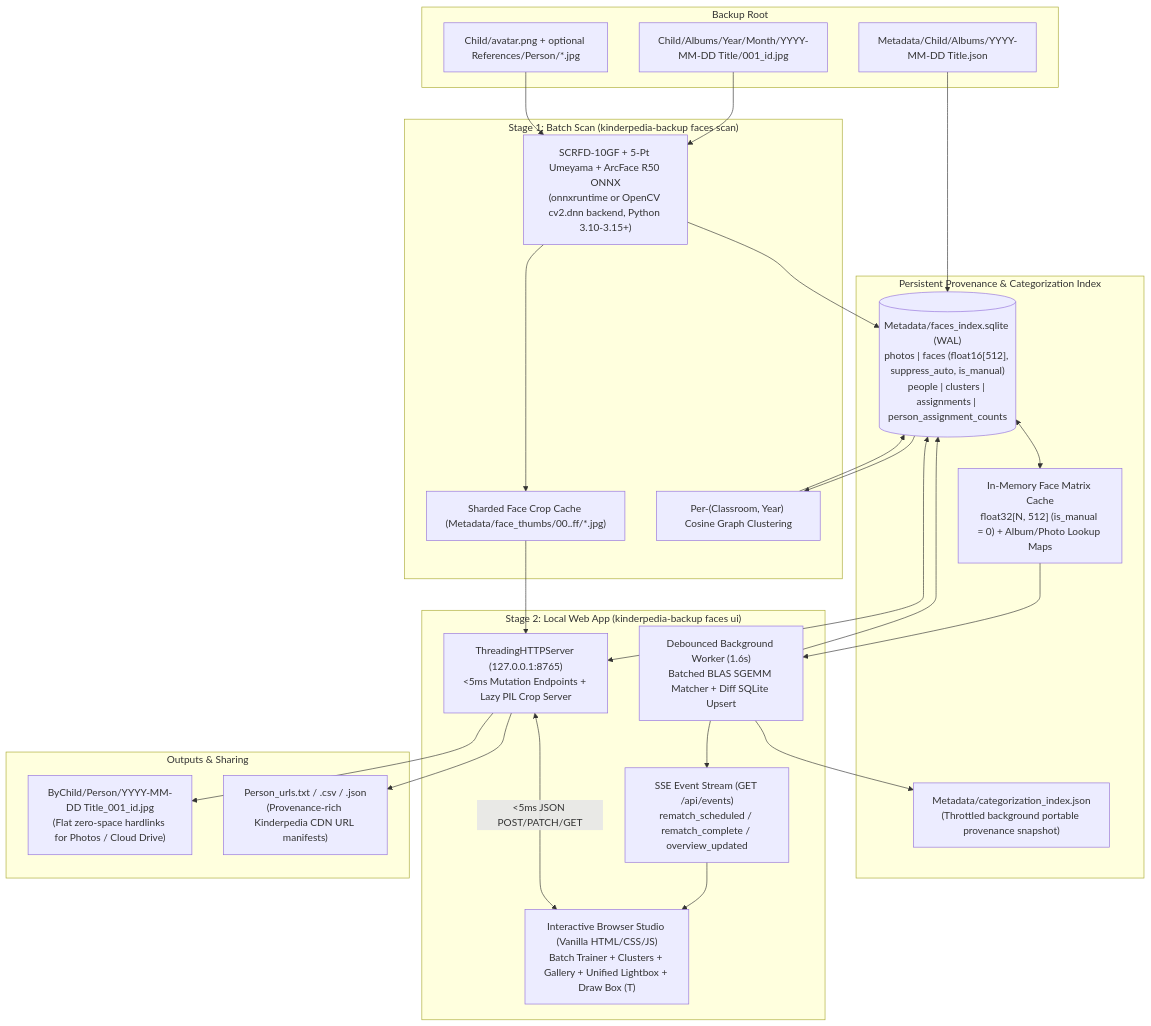
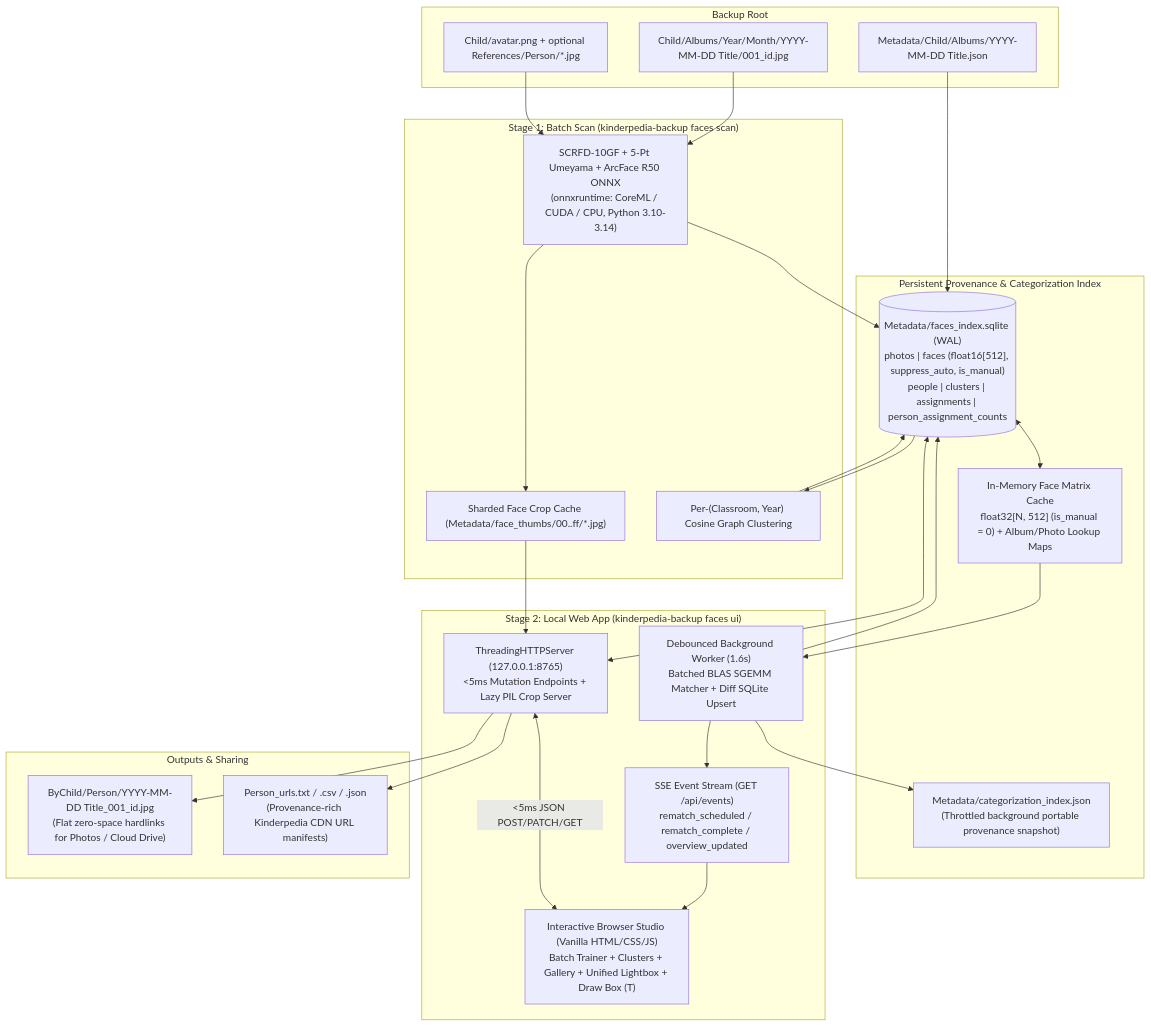
Before and after one commit to bogdan00/kinderpedia-backup: the diagram in docs/facial-recognition-design.md, drawn with Mermaid. The commit also changed other lines of this file and 5 other files, not shown here.

````diff
--- a/docs/facial-recognition-design.md
+++ b/docs/facial-recognition-design.md
@@ -32,48 +32,48 @@
 ```mermaid
 flowchart TD
     subgraph Archive["Backup Root"]
         IMG["Child/Albums/Year/Month/YYYY-MM-DD Title/001_id.jpg"]
         META["Metadata/Child/Albums/YYYY-MM-DD Title.json"]
         AV["Child/avatar.png + optional References/Person/*.jpg"]
     end
 
     subgraph Stage1["Stage 1: Batch Scan (kinderpedia-backup faces scan)"]
-        ONNX["SCRFD-10GF + 5-Pt Umeyama + ArcFace R50 ONNX\n(onnxruntime or OpenCV cv2.dnn backend, Python 3.10-3.15+)"]
+        ONNX["SCRFD-10GF + 5-Pt Umeyama + ArcFace R50 ONNX\n(onnxruntime: CoreML / CUDA / CPU, Python 3.10-3.14)"]
         THUMBS["Sharded Face Crop Cache (Metadata/face_thumbs/00..ff/*.jpg)"]
         CLUST["Per-(Classroom, Year) Cosine Graph Clustering"]
     end
 
     subgraph Store["Persistent Provenance & Categorization Index"]
         DB[("Metadata/faces_index.sqlite (WAL)\nphotos | faces (float16[512], suppress_auto, is_manual)\npeople | clusters | assignments | person_assignment_counts")]
         RAM["In-Memory Face Matrix Cache\nfloat32[N, 512] (is_manual = 0) + Album/Photo Lookup Maps"]
         JSON["Metadata/categorization_index.json\n(Throttled background portable provenance snapshot)"]
     end
 
     subgraph WebApp["Stage 2: Local Web App (kinderpedia-backup faces ui)"]
         API["ThreadingHTTPServer (127.0.0.1:8765)\n<5ms Mutation Endpoints + Lazy PIL Crop Server"]
         BG["Debounced Background Worker (1.6s)\nBatched BLAS SGEMM Matcher + Diff SQLite Upsert"]
         SSE["SSE Event Stream (GET /api/events)\nrematch_scheduled / rematch_complete / overview_updated"]
         UI["Interactive Browser Studio (Vanilla HTML/CSS/JS)\nBatch Trainer + Clusters + Gallery + Unified Lightbox + Draw Box (T)"]
     end
 
     subgraph Exports["Outputs & Sharing"]
         FLAT["ByChild/Person/YYYY-MM-DD Title_001_id.jpg\n(Flat zero-space hardlinks for Photos / Cloud Drive)"]
         URLS["Person_urls.txt / .csv / .json\n(Provenance-rich Kinderpedia CDN URL manifests)"]
     end
 
     IMG --> ONNX
     META --> DB
     AV --> ONNX
     ONNX --> DB
     ONNX --> THUMBS
     DB --> CLUST --> DB
     DB <--> API
     DB <--> RAM
     RAM --> BG --> DB
     BG --> JSON
     BG --> SSE --> UI
     THUMBS --> API
     API <-->|"<5ms JSON POST/PATCH/GET"| UI
     API --> FLAT
     API --> URLS
 ```
````
